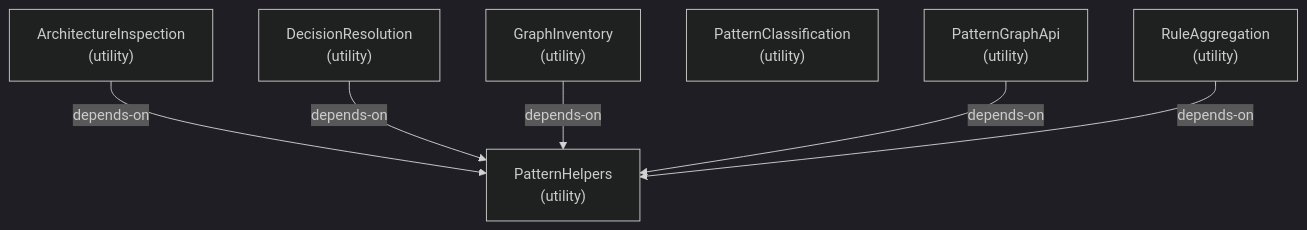
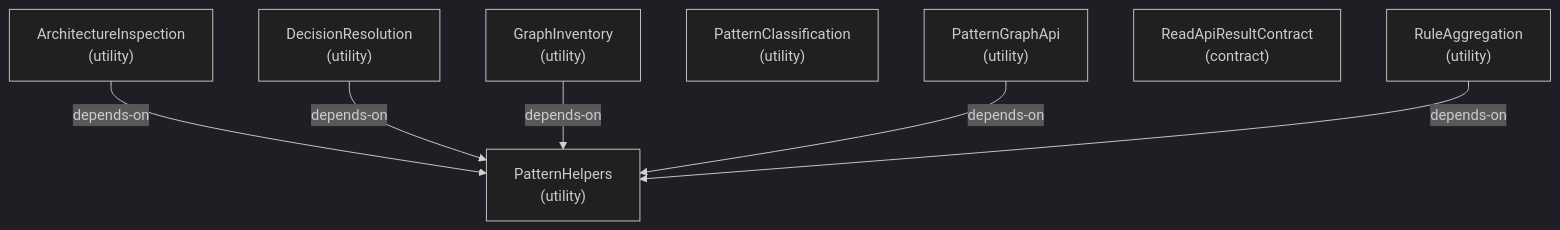
Diagram 19 of 24 in docs-live/ARCHITECTURE.md (libar-dev/architect), drawn with Mermaid (dark theme) before and after one commit. The commit also changed other lines of this file and 21 other files, not shown here.

First line of the commit message:
docs(live): regenerate docs-live from the reshaped graph

````diff
--- a/docs-live/ARCHITECTURE.md
+++ b/docs-live/ARCHITECTURE.md
@@ -390,15 +501,16 @@
 ```mermaid
 graph TD
   architectureinspection["ArchitectureInspection<br/>(utility)"]
   decisionresolution["DecisionResolution<br/>(utility)"]
   graphinventory["GraphInventory<br/>(utility)"]
   patternclassification["PatternClassification<br/>(utility)"]
   patterngraphapi["PatternGraphApi<br/>(utility)"]
   patternhelpers["PatternHelpers<br/>(utility)"]
+  readapiresultcontract["ReadApiResultContract<br/>(contract)"]
   ruleaggregation["RuleAggregation<br/>(utility)"]
   architectureinspection -->|depends-on| patternhelpers
   decisionresolution -->|depends-on| patternhelpers
   graphinventory -->|depends-on| patternhelpers
   patterngraphapi -->|depends-on| patternhelpers
   ruleaggregation -->|depends-on| patternhelpers
 ```
````
